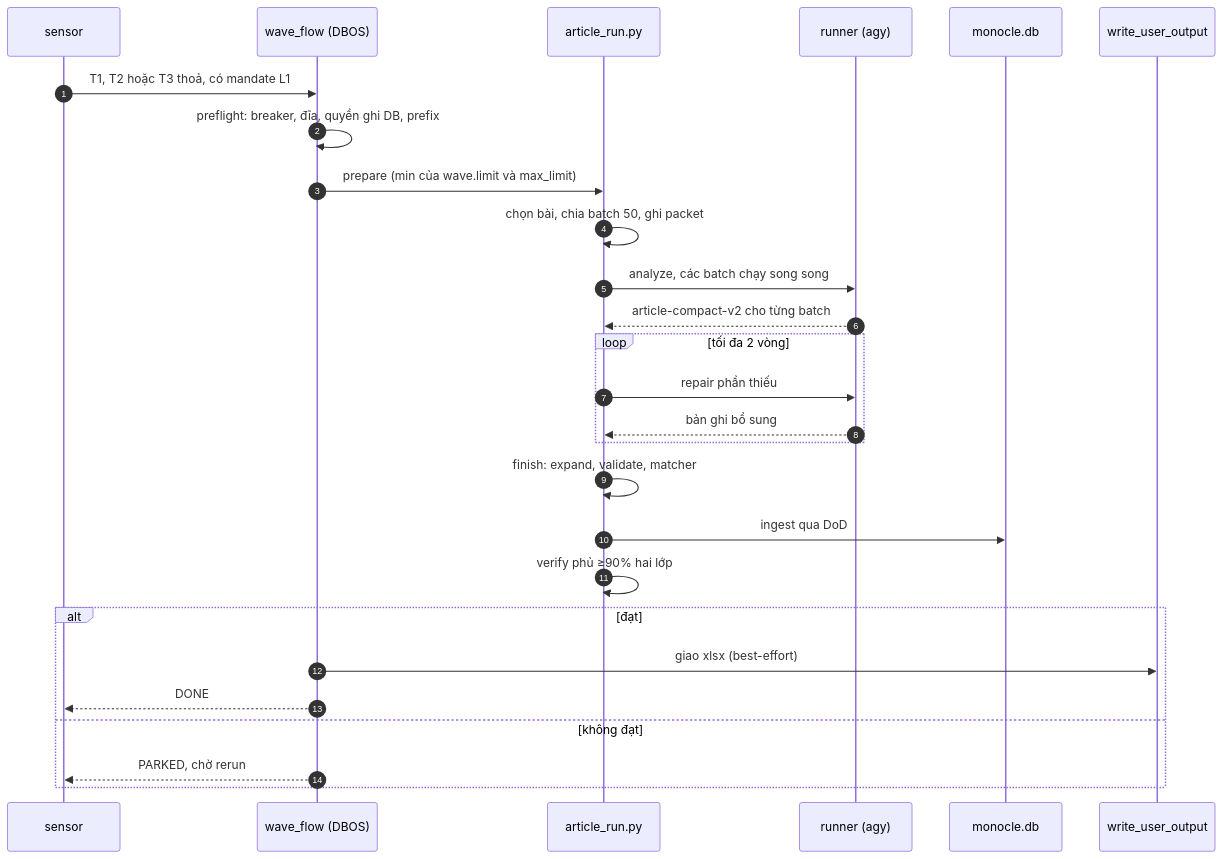
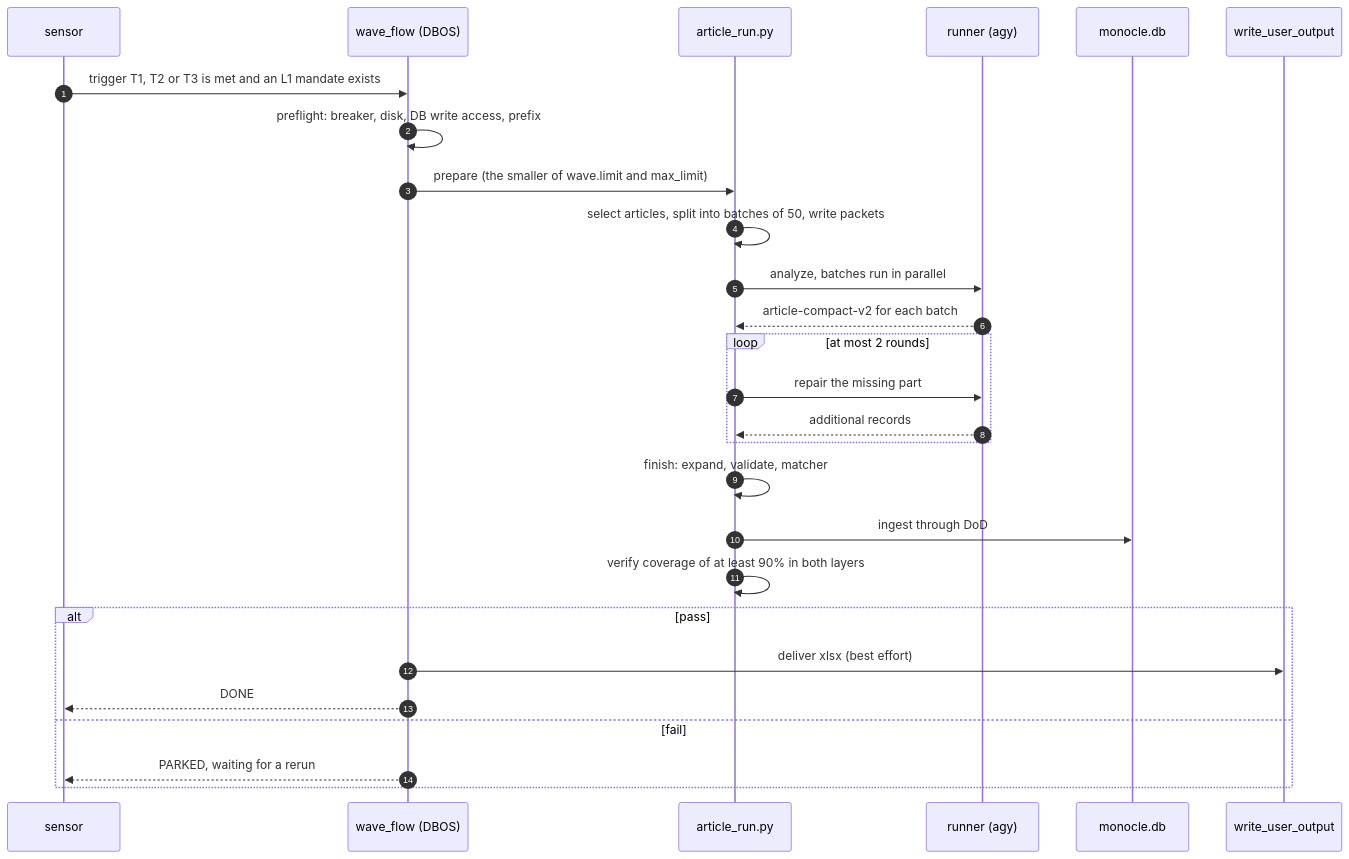
One commit to Tuanan172-py/fts-news-scape changed the diagram in project/docs/diagrams/21-flow-wave.mmd. Above: the diagram before and after it, drawn with Mermaid. The commit also changed 33 other files, not shown here.

Commit message:
feat: standardize offline workflow diagrams to English, add skills council proposal and wave automation scripts (US-048)

```diff
--- a/project/docs/diagrams/21-flow-wave.mmd
+++ b/project/docs/diagrams/21-flow-wave.mmd
@@ -1,29 +1,29 @@
-%% title: Vòng đời một wave do daemon mở
-%% desc: Từ sensor tới giao Excel, gồm preflight, repair và verify.
+%% title: Life of a wave opened by the daemon
+%% desc: From the sensor to Excel delivery, including preflight, repair and verify.
 sequenceDiagram
   autonumber
   participant SE as sensor
   participant WF as wave_flow (DBOS)
   participant AR as article_run.py
   participant RN as runner (agy)
   participant DB as monocle.db
   participant DL as write_user_output
-  SE->>WF: T1, T2 hoặc T3 thoả, có mandate L1
-  WF->>WF: preflight: breaker, đĩa, quyền ghi DB, prefix
-  WF->>AR: prepare (min của wave.limit và max_limit)
-  AR->>AR: chọn bài, chia batch 50, ghi packet
-  AR->>RN: analyze, các batch chạy song song
-  RN-->>AR: article-compact-v2 cho từng batch
-  loop tối đa 2 vòng
-    AR->>RN: repair phần thiếu
-    RN-->>AR: bản ghi bổ sung
+  SE->>WF: trigger T1, T2 or T3 is met and an L1 mandate exists
+  WF->>WF: preflight: breaker, disk, DB write access, prefix
+  WF->>AR: prepare (the smaller of wave.limit and max_limit)
+  AR->>AR: select articles, split into batches of 50, write packets
+  AR->>RN: analyze, batches run in parallel
+  RN-->>AR: article-compact-v2 for each batch
+  loop at most 2 rounds
+    AR->>RN: repair the missing part
+    RN-->>AR: additional records
   end
   AR->>AR: finish: expand, validate, matcher
-  AR->>DB: ingest qua DoD
-  AR->>AR: verify phủ ≥90% hai lớp
-  alt đạt
-    WF->>DL: giao xlsx (best-effort)
+  AR->>DB: ingest through DoD
+  AR->>AR: verify coverage of at least 90% in both layers
+  alt pass
+    WF->>DL: deliver xlsx (best effort)
     WF-->>SE: DONE
-  else không đạt
-    WF-->>SE: PARKED, chờ rerun
+  else fail
+    WF-->>SE: PARKED, waiting for a rerun
   end
```
